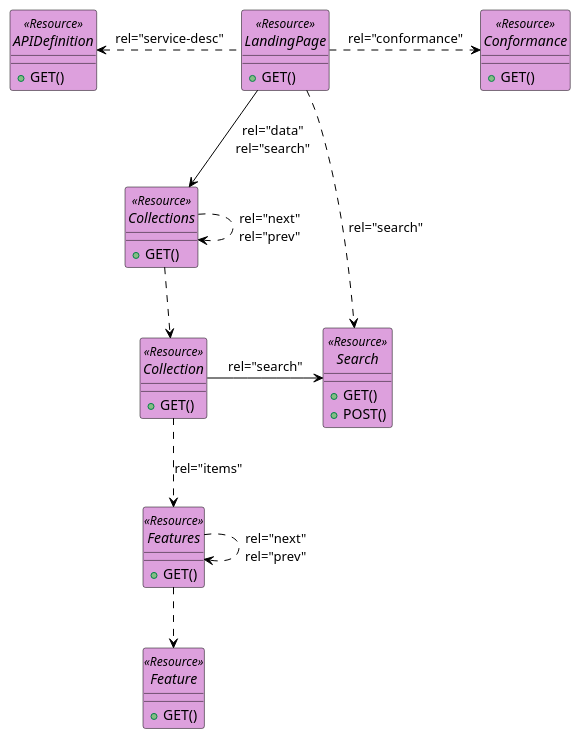
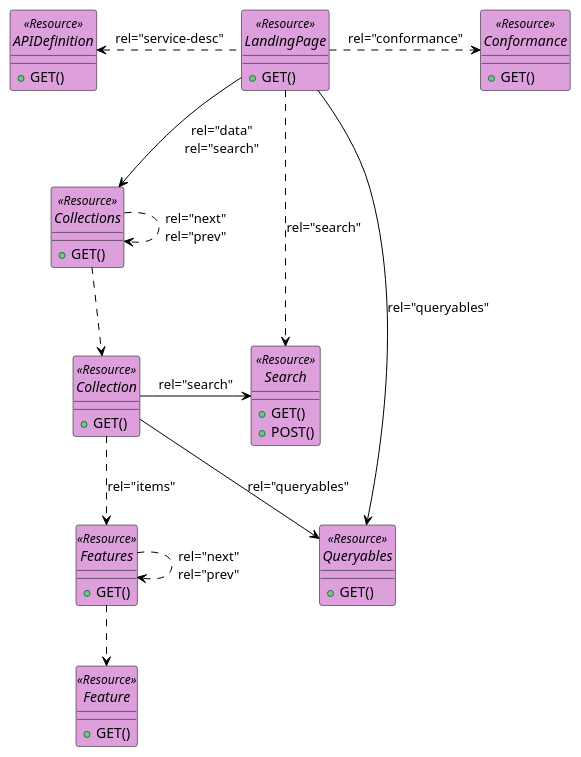
Before and after one commit to littleidiot40/stac-federated-search: the diagram in figures/resources.puml, drawn with PlantUML. The commit also changed 1 other file, not shown here.

```diff
--- a/figures/resources.puml
+++ b/figures/resources.puml
@@ -1,72 +1,79 @@
 @startuml
 
 
 allowmixing
 
 skinparam componentStyle uml2
 skinparam ArrowColor Black
 skinparam ClassBorderColor Black
 skinparam ComponentBorderColor Black
 skinparam ObjectBorderColor Black
 
 hide circle
 ' hide <<Resource>> circle
 show <<GeoJSON>> circle
 ' hide <<Interface>> circle
 
 
 ' interface "<<Resource>>\nC" as CreateFeature #Plum
 
 interface LandingPage <<Resource>>  #Plum {
     +GET()
 }
 
 interface APIDefinition <<Resource>> #Plum {
    +GET()
 }
 
 interface Conformance <<Resource>> #Plum {
    +GET()
 }
 
 interface Collections <<Resource>> #Plum {
    +GET()
 }
 
 interface Collection <<Resource>> #Plum {
    +GET()
 }
 
 interface Features <<Resource>> #Plum {
    +GET()
 }
 
 interface Feature <<Resource>> #Plum {
    +GET()
 }
 
 interface Search <<Resource>> #Plum {
    +GET()
    +POST()
 }
 
+interface Queryables <<Resource>> #Plum {
+   +GET()
+}
+
 
 LandingPage .left.> APIDefinition : "rel="service-desc"" 
 LandingPage .right.> Conformance : "rel="conformance"" 
 LandingPage ..> Search : "rel="search"" 
 LandingPage -down-> Collections : "rel="data"\nrel="search"" 
 Collections .down.> Collection  
 
 Collections ..> Collections : "rel="next"\nrel="prev""
 
 Collection .down.> Features : "rel="items""
 
 
 
+
 Collection -right-> Search : "rel="search""
+Collection --> Queryables : "rel="queryables""
+LandingPage --> Queryables : "rel="queryables""
 Features .down.> Feature 
 
 Features ..> Features : "rel="next"\nrel="prev""
 
 
 @enduml
```
